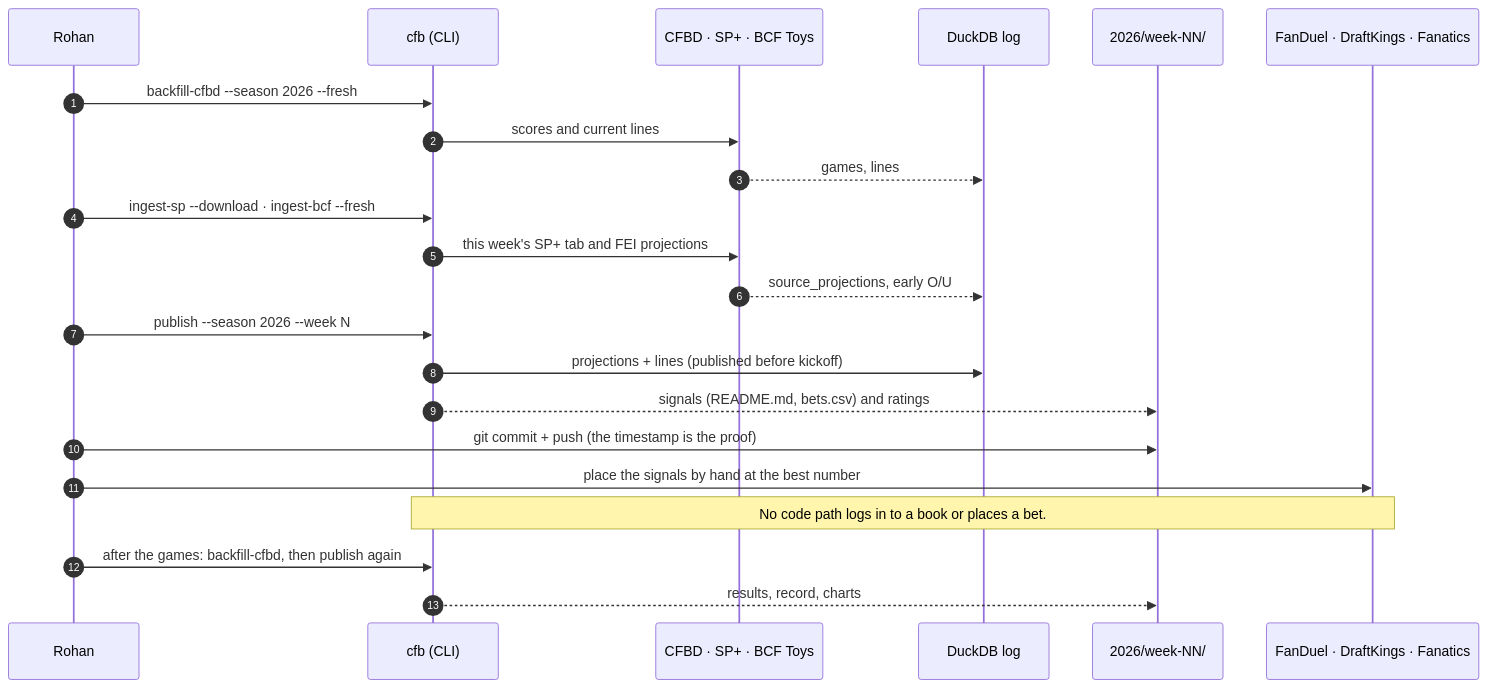
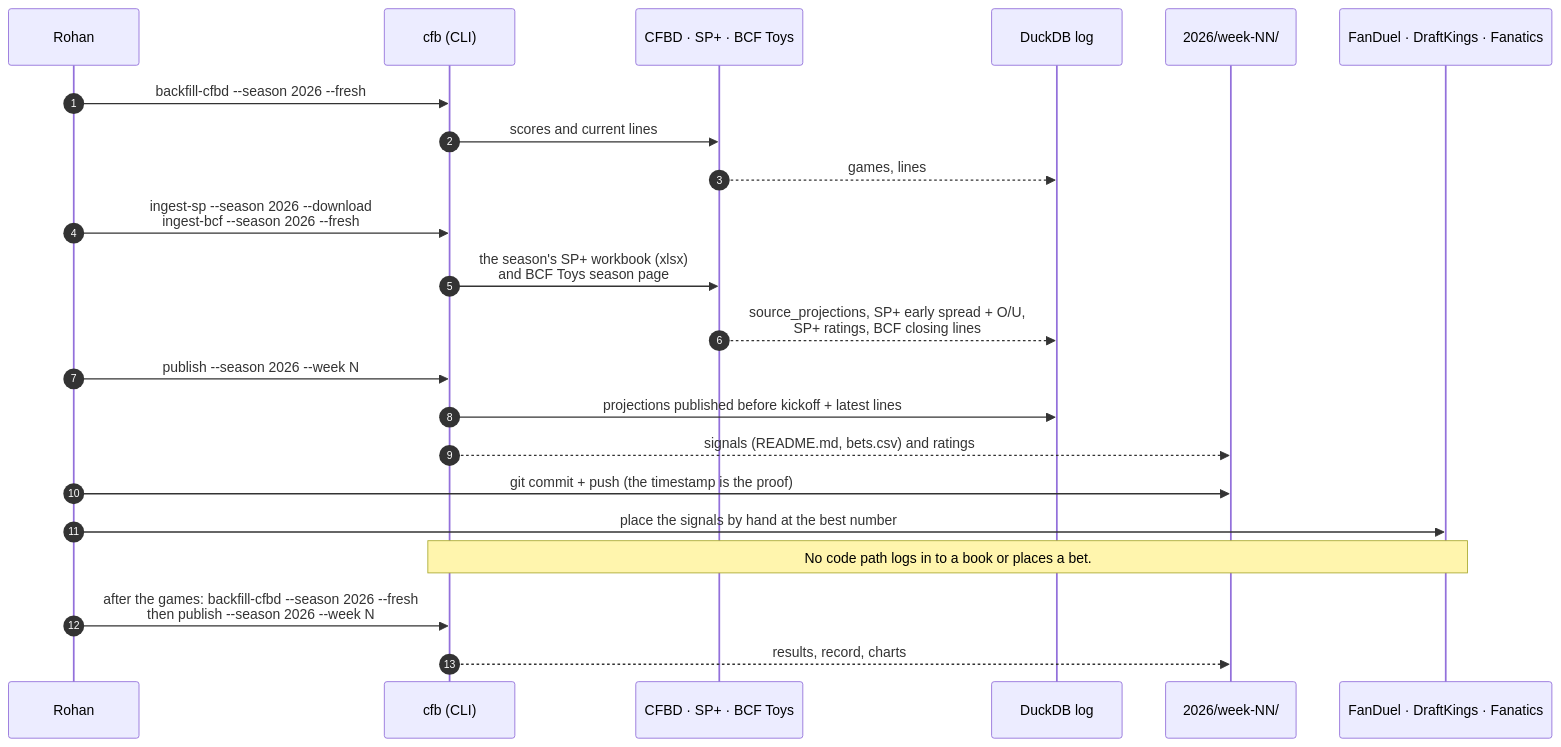
One commit to RohanRepala0/CollegeFootballRatings2026 changed the third of 3 diagrams in docs/ARCHITECTURE.md. Above: the diagram before and after it, drawn with Mermaid. The commit also changed other lines of this file and 1 other file, not shown here.

First line of the commit message:
Correct the architecture diagrams against the code

````diff
--- a/docs/ARCHITECTURE.md
+++ b/docs/ARCHITECTURE.md
@@ -99,25 +101,25 @@
 ```mermaid
 sequenceDiagram
     autonumber
     participant You as Rohan
     participant CLI as cfb (CLI)
     participant SRC as CFBD · SP+ · BCF Toys
     participant DB as DuckDB log
     participant Repo as 2026/week-NN/
     participant Book as FanDuel · DraftKings · Fanatics
 
     You->>CLI: backfill-cfbd --season 2026 --fresh
     CLI->>SRC: scores and current lines
     SRC-->>DB: games, lines
-    You->>CLI: ingest-sp --download · ingest-bcf --fresh
-    CLI->>SRC: this week's SP+ tab and FEI projections
-    SRC-->>DB: source_projections, early O/U
+    You->>CLI: ingest-sp --season 2026 --download<br/>ingest-bcf --season 2026 --fresh
+    CLI->>SRC: the season's SP+ workbook (xlsx)<br/>and BCF Toys season page
+    SRC-->>DB: source_projections, SP+ early spread + O/U,<br/>SP+ ratings, BCF closing lines
     You->>CLI: publish --season 2026 --week N
-    CLI->>DB: projections + lines (published before kickoff)
+    CLI->>DB: projections published before kickoff + latest lines
     CLI-->>Repo: signals (README.md, bets.csv) and ratings
     You->>Repo: git commit + push (the timestamp is the proof)
     You->>Book: place the signals by hand at the best number
     Note over CLI,Book: No code path logs in to a book or places a bet.
-    You->>CLI: after the games: backfill-cfbd, then publish again
+    You->>CLI: after the games: backfill-cfbd --season 2026 --fresh<br/>then publish --season 2026 --week N
     CLI-->>Repo: results, record, charts
 ```
````
